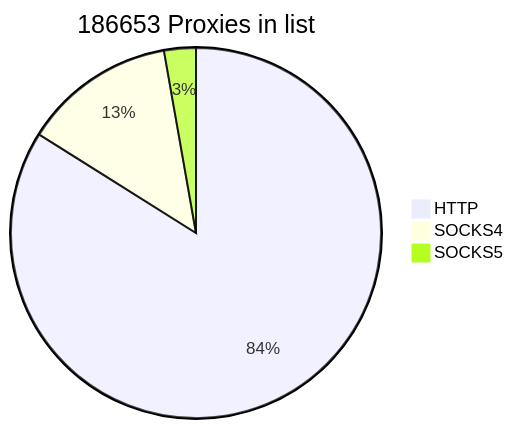
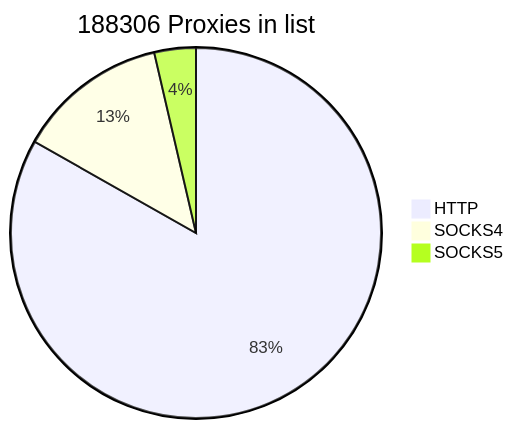
One commit to cutipu/proxylist changed the first of 2 diagrams in README.md. Above: the diagram before and after it, drawn with Mermaid. The commit also changed other lines of this file, not shown here.

````diff
--- a/README.md
+++ b/README.md
@@ -2,7 +2,7 @@
 ```mermaid
-pie title 186653 Proxies in list
+pie title 188306 Proxies in list
     "HTTP" : 156654
     "SOCKS4" : 24825
-    "SOCKS5" : 5174
+    "SOCKS5" : 6827
             
 ```
````
